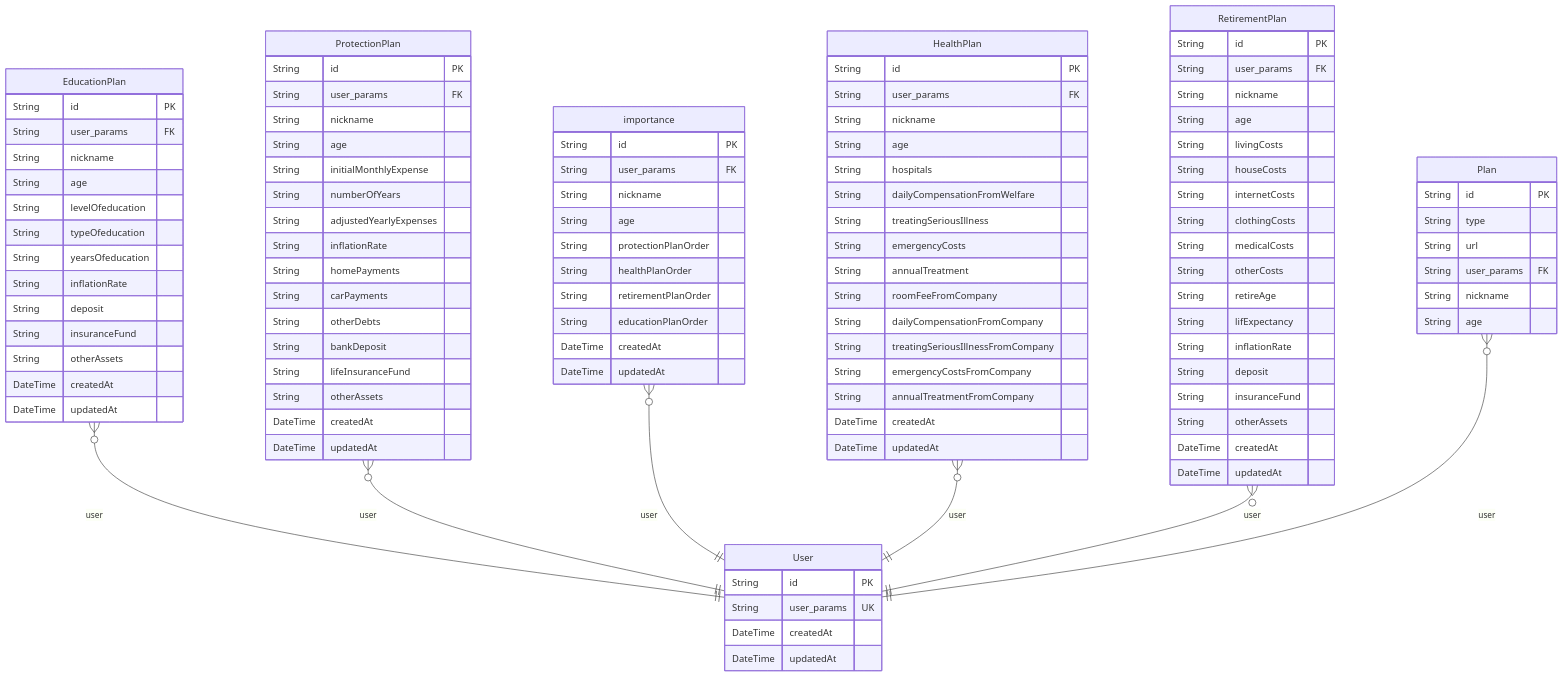
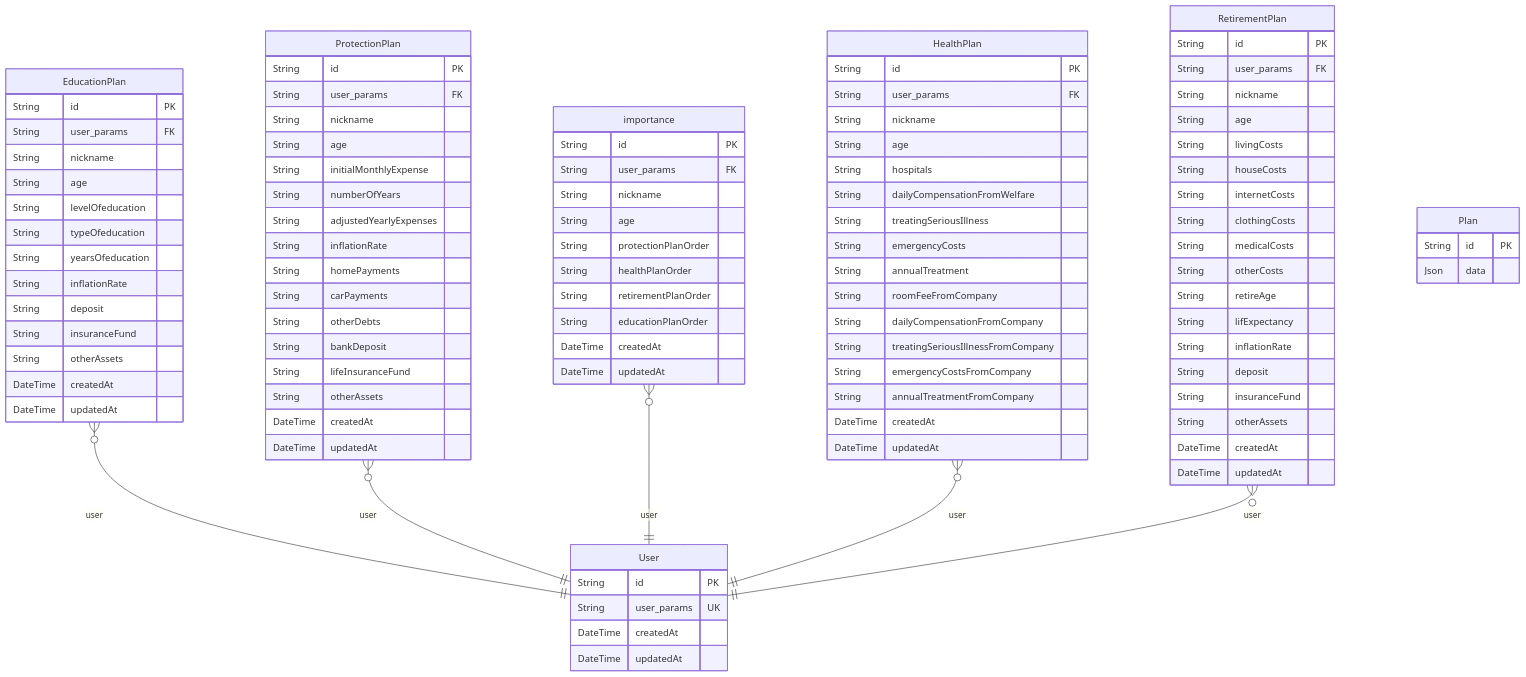
One commit to H-lab-official/Financial-Health-Check-BE changed the diagram in prisma/ERD.md. Above: the diagram before and after it, drawn with Mermaid. The commit also changed other lines of this file and 4 other files, not shown here.

````diff
--- a/prisma/ERD.md
+++ b/prisma/ERD.md
@@ -97,16 +97,11 @@
 }
 "Plan" {
   String id PK
-  String type
-  String url
-  String user_params FK
-  String nickname
-  String age
+  Json data
 }
 "EducationPlan" }o--|| "User" : user
 "ProtectionPlan" }o--|| "User" : user
 "importance" }o--|| "User" : user
 "HealthPlan" }o--|| "User" : user
 "RetirementPlan" }o--|| "User" : user
-"Plan" }o--|| "User" : user
 ```
````
